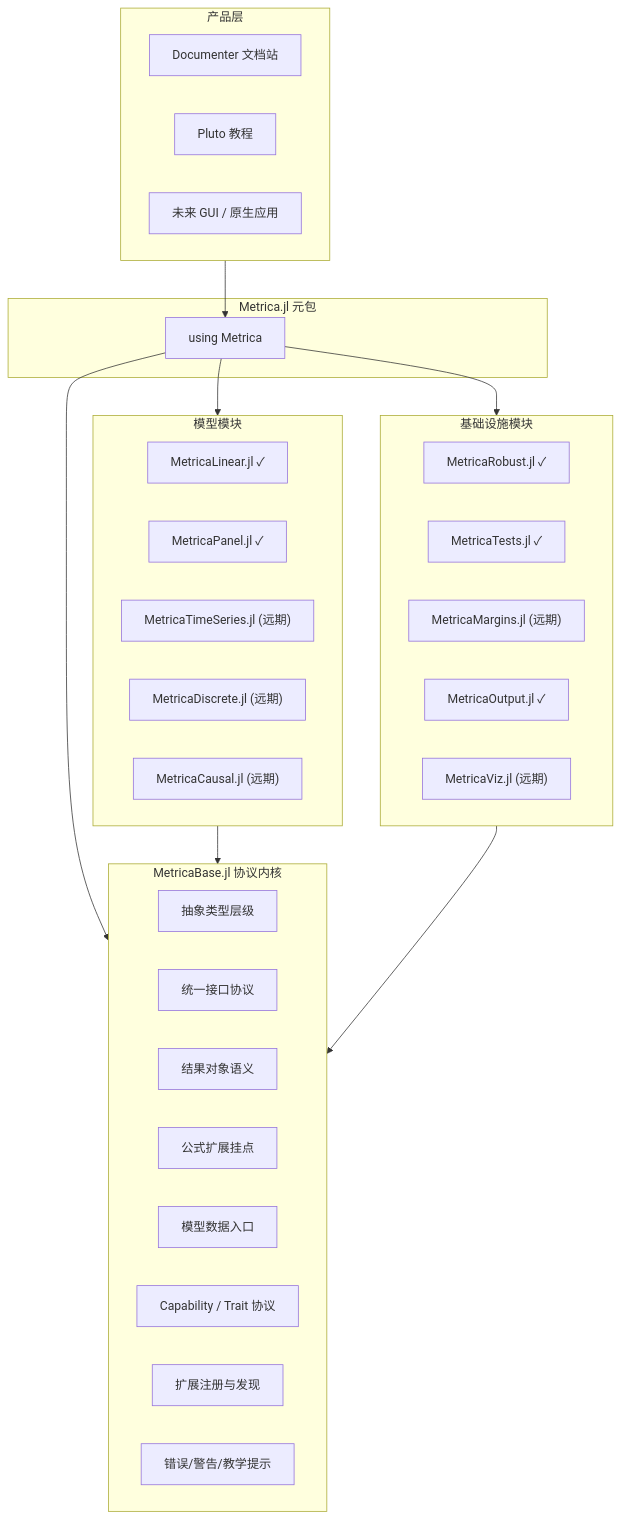
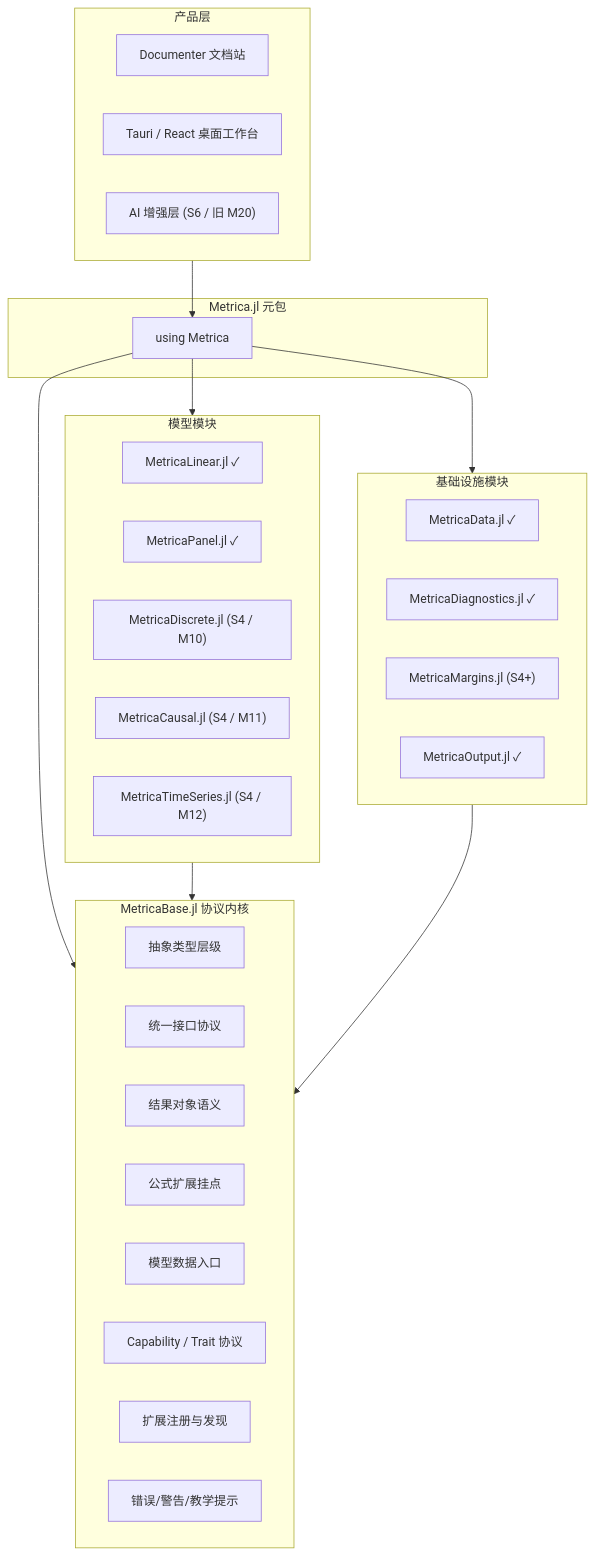
The diagram in Metrica.jl-计量经济学框架-完善版.md (skahanium/Metrica), drawn with Mermaid before and after one commit. The commit also changed other lines of this file and 39 other files, not shown here.

Commit message:
Refine phase roadmap and align docs with implementation

````diff
--- a/Metrica.jl-计量经济学框架-完善版.md
+++ b/Metrica.jl-计量经济学框架-完善版.md
@@ -74,46 +109,45 @@
 ```mermaid
 graph TB
     subgraph meta["Metrica.jl 元包"]
         M["using Metrica"]
     end
 
     subgraph base["MetricaBase.jl 协议内核"]
         T["抽象类型层级"]
         I["统一接口协议"]
         R["结果对象语义"]
         F["公式扩展挂点"]
         D["模型数据入口"]
         C["Capability / Trait 协议"]
         P["扩展注册与发现"]
         E["错误/警告/教学提示"]
     end
 
     subgraph modules["模型模块"]
         L["MetricaLinear.jl ✓"]
         PN["MetricaPanel.jl ✓"]
-        TS["MetricaTimeSeries.jl (远期)"]
-        DC["MetricaDiscrete.jl (远期)"]
-        CA["MetricaCausal.jl (远期)"]
+        DC["MetricaDiscrete.jl (S4 / M10)"]
+        CA["MetricaCausal.jl (S4 / M11)"]
+        TS["MetricaTimeSeries.jl (S4 / M12)"]
     end
 
     subgraph infra["基础设施模块"]
-        RB["MetricaRobust.jl ✓"]
-        TT["MetricaTests.jl ✓"]
-        MG["MetricaMargins.jl (远期)"]
+        DT["MetricaData.jl ✓"]
+        TT["MetricaDiagnostics.jl ✓"]
+        MG["MetricaMargins.jl (S4+)"]
         O["MetricaOutput.jl ✓"]
-        V["MetricaViz.jl (远期)"]
     end
 
     subgraph product["产品层"]
         DOC["Documenter 文档站"]
-        PL["Pluto 教程"]
-        APP["未来 GUI / 原生应用"]
+        APP["Tauri / React 桌面工作台"]
+        AI["AI 增强层 (S6 / 旧 M20)"]
     end
 
     M --> base
     M --> modules
     M --> infra
     modules --> base
     infra --> base
     product --> M
 ```
````
